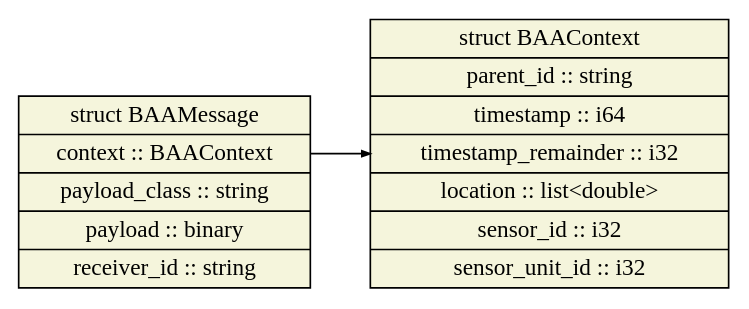
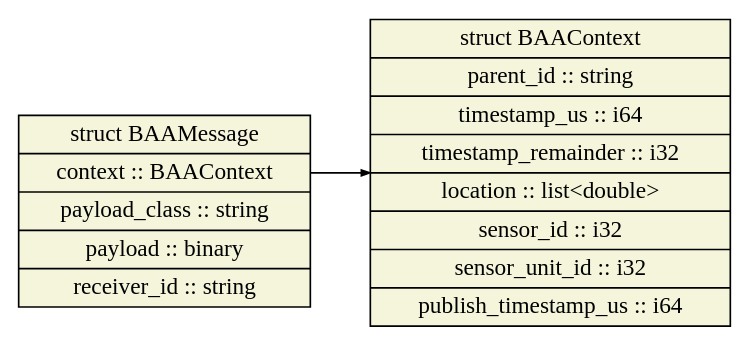
Before and after one commit to jkwong80/baa_messages: the diagram in docs/thrift/core.gv, drawn with Graphviz. The commit also changed 19 other files, not shown here.

Commit message:
Updated components.sensor to not accept context and to test all kwargs to show they are recognized.  Also added publish_time to schema and made appropriate changes to tests

```diff
--- a/docs/thrift/core.gv
+++ b/docs/thrift/core.gv
@@ -1,10 +1,10 @@
 digraph "core" {
 node [style=filled, shape=record];
 edge [arrowsize=0.5];
 rankdir=LR
 node [fillcolor=beige];
-BAAContext [label="struct BAAContext|<field_parent_id>parent_id :: string|<field_timestamp>timestamp :: i64|<field_timestamp_remainder>timestamp_remainder :: i32|<field_location>location :: list\<double\>|<field_sensor_id>sensor_id :: i32|<field_sensor_unit_id>sensor_unit_id :: i32"];
+BAAContext [label="struct BAAContext|<field_parent_id>parent_id :: string|<field_timestamp_us>timestamp_us :: i64|<field_timestamp_remainder>timestamp_remainder :: i32|<field_location>location :: list\<double\>|<field_sensor_id>sensor_id :: i32|<field_sensor_unit_id>sensor_unit_id :: i32|<field_publish_timestamp_us>publish_timestamp_us :: i64"];
 node [fillcolor=beige];
 BAAMessage [label="struct BAAMessage|<field_context>context :: BAAContext|<field_payload_class>payload_class :: string|<field_payload>payload :: binary|<field_receiver_id>receiver_id :: string"];
 BAAMessage:field_context -> BAAContext
 }
```
